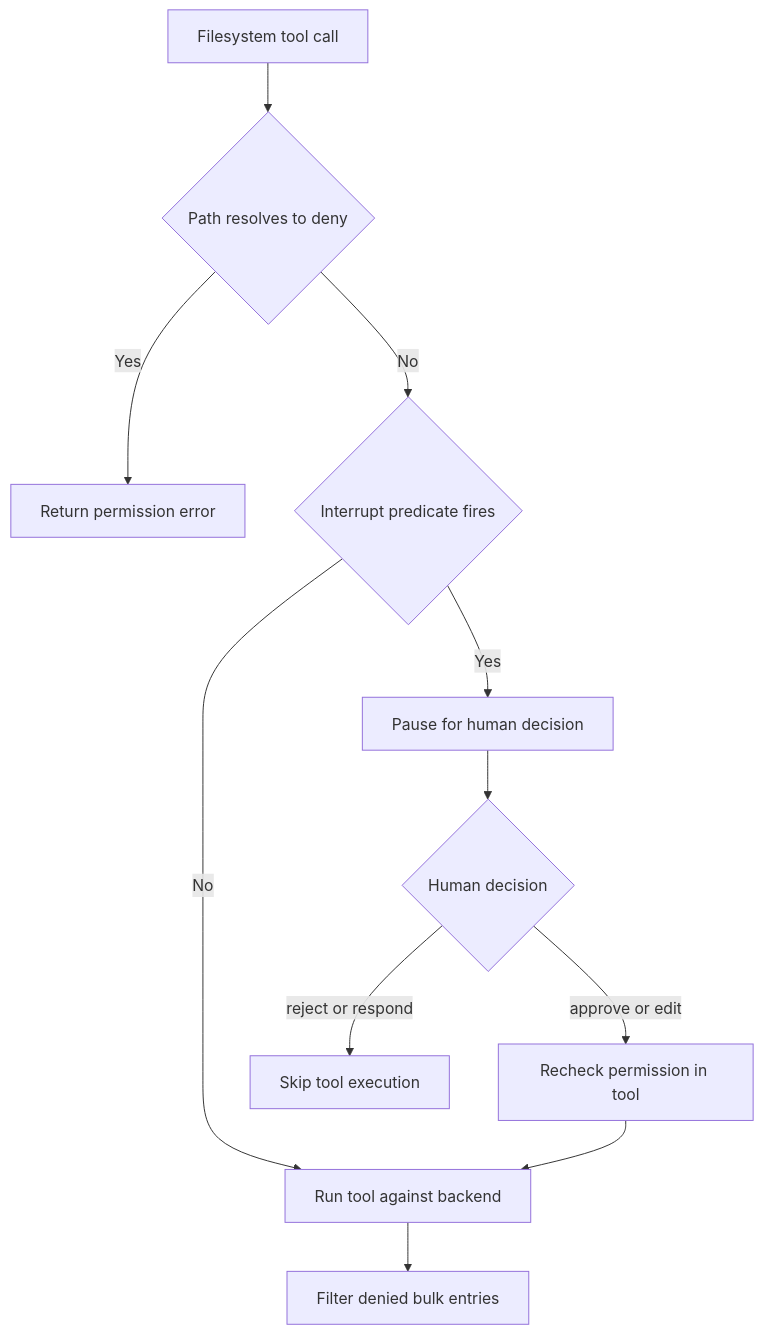
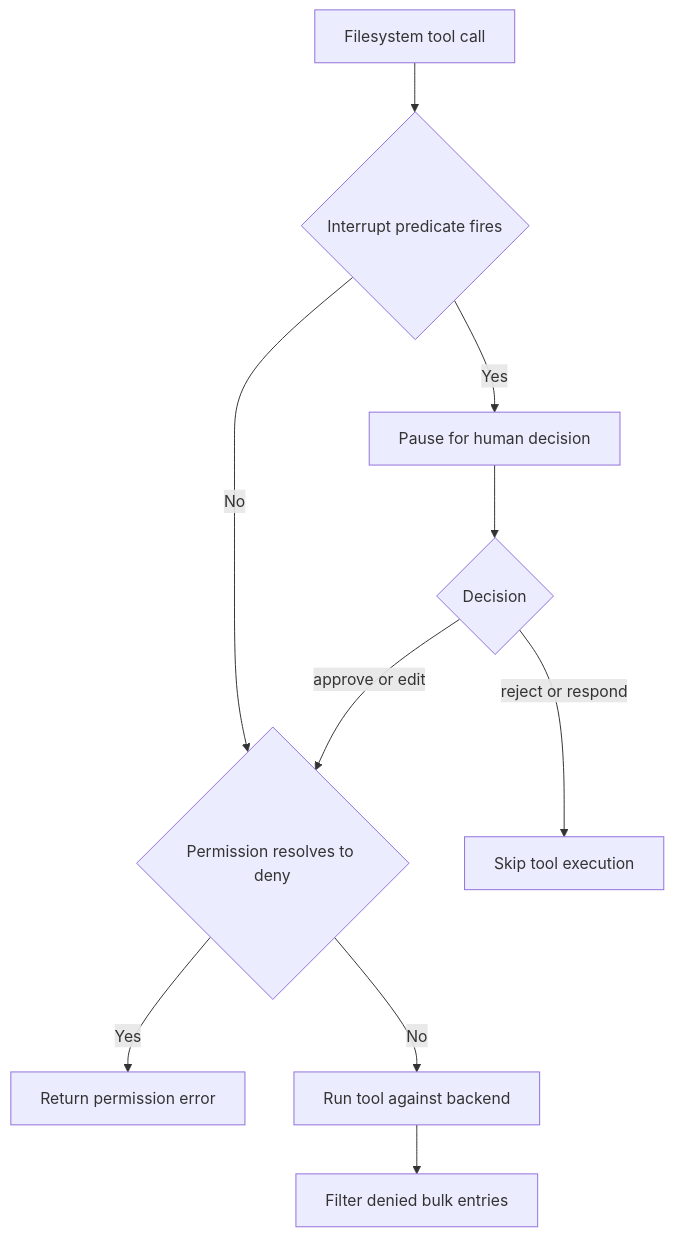
The first of 2 diagrams in openwiki/concepts/permissions-hitl.md (langchain-ai/deepagents), drawn with Mermaid before and after one commit. The commit also changed other lines of this file and 62 other files, not shown here.

````diff
--- a/openwiki/concepts/permissions-hitl.md
+++ b/openwiki/concepts/permissions-hitl.md
@@ -85,13 +84,12 @@
 ```mermaid
 flowchart TD
-    Call["Filesystem tool call"] --> DenyCheck{"Path resolves to deny"}
-    DenyCheck -->|Yes| Denied["Return permission error"]
-    DenyCheck -->|No| InterruptCheck{"Interrupt predicate fires"}
-    InterruptCheck -->|No| Run["Run tool against backend"]
-    InterruptCheck -->|Yes| Pause["Pause for human decision"]
-    Pause --> Decision{"Human decision"}
-    Decision -->|approve or edit| Recheck["Recheck permission in tool"]
-    Decision -->|reject or respond| Skip["Skip tool execution"]
-    Recheck --> Run
+    Call["Filesystem tool call"] --> Route{"Interrupt predicate fires"}
+    Route -->|No| Check{"Permission resolves to deny"}
+    Route -->|Yes| Pause["Pause for human decision"]
+    Pause --> Choice{"Decision"}
+    Choice -->|approve or edit| Check
+    Choice -->|reject or respond| Skip["Skip tool execution"]
+    Check -->|Yes| Denied["Return permission error"]
+    Check -->|No| Run["Run tool against backend"]
     Run --> Filter["Filter denied bulk entries"]
 ```
````
